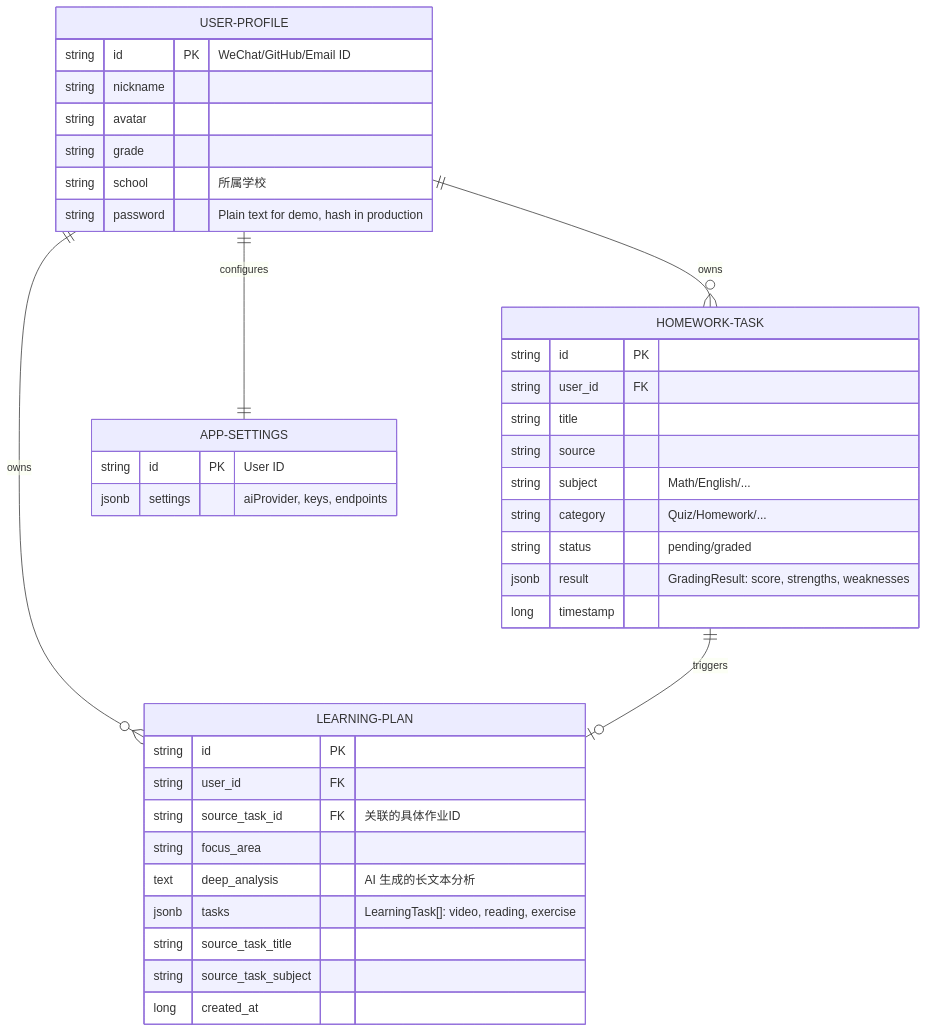
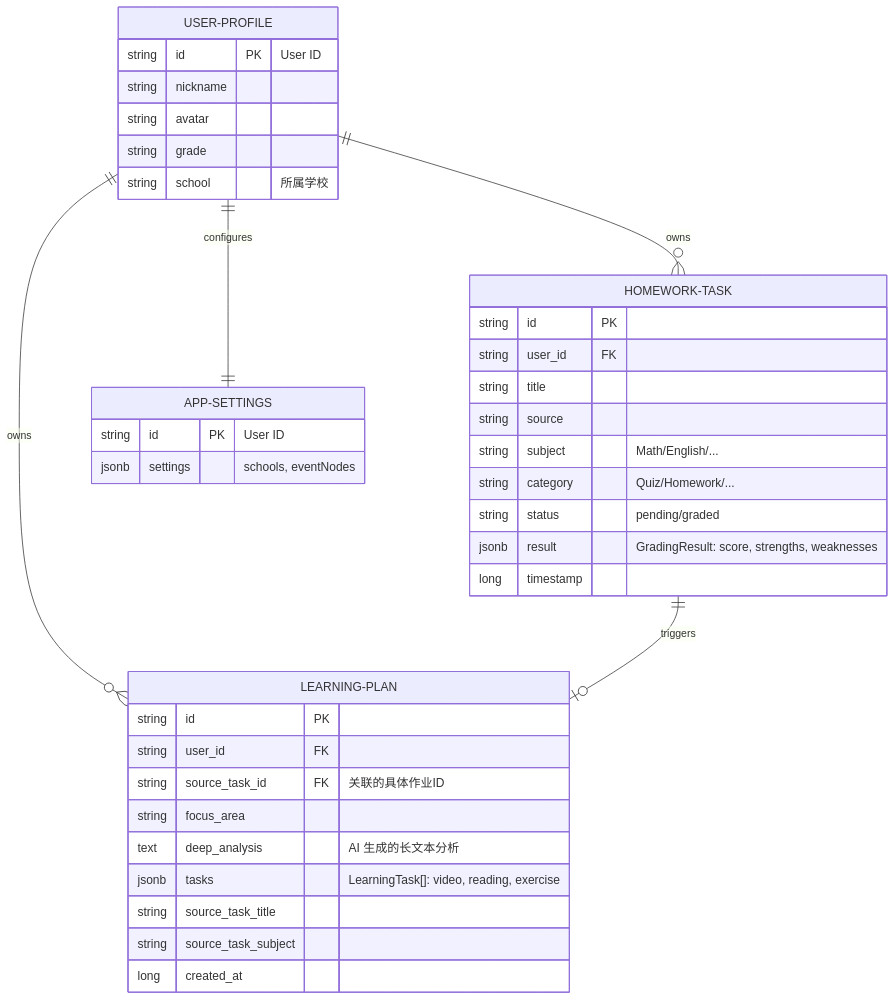
One commit to yale-zhang/homeWorkTask changed the second of 2 diagrams in README.md. Above: the diagram before and after it, drawn with Mermaid. The commit also changed other lines of this file and 10 other files, not shown here.

````diff
--- a/README.md
+++ b/README.md
@@ -45,45 +45,44 @@
 ```mermaid
 erDiagram
     USER-PROFILE ||--o{ HOMEWORK-TASK : "owns"
     USER-PROFILE ||--o{ LEARNING-PLAN : "owns"
     USER-PROFILE ||--|| APP-SETTINGS : "configures"
     HOMEWORK-TASK ||--o| LEARNING-PLAN : "triggers"
     
     USER-PROFILE {
-        string id PK "WeChat/GitHub/Email ID"
+        string id PK "User ID"
         string nickname
         string avatar
         string grade
         string school "所属学校"
-        string password "Plain text for demo, hash in production"
     }
 
     HOMEWORK-TASK {
         string id PK
         string user_id FK
         string title
         string source
         string subject "Math/English/..."
         string category "Quiz/Homework/..."
         string status "pending/graded"
         jsonb result "GradingResult: score, strengths, weaknesses"
         long timestamp
     }
 
     LEARNING-PLAN {
         string id PK
         string user_id FK
         string source_task_id FK "关联的具体作业ID"
         string focus_area
         text deep_analysis "AI 生成的长文本分析"
         jsonb tasks "LearningTask[]: video, reading, exercise"
         string source_task_title
         string source_task_subject
         long created_at
     }
 
     APP-SETTINGS {
         string id PK "User ID"
-        jsonb settings "aiProvider, keys, endpoints"
+        jsonb settings "schools, eventNodes"
     }
 ```
````
